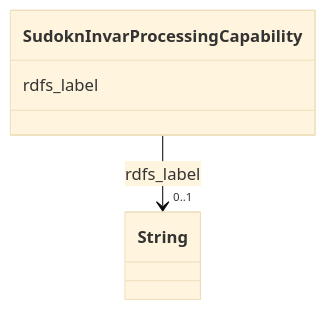
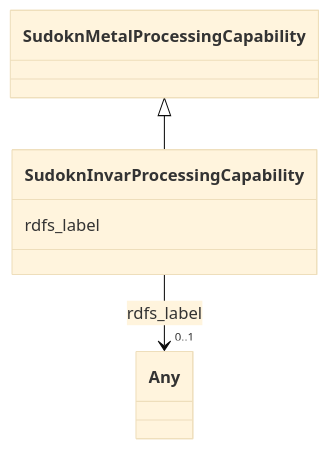
The diagram in sudokn-kg/classes/SudoknInvarProcessingCapability.md (frink-okn/graph-descriptions), drawn with Mermaid (base theme) before and after one commit. The commit also changed other lines of this file and 903 other files, not shown here.

````diff
--- a/sudokn-kg/classes/SudoknInvarProcessingCapability.md
+++ b/sudokn-kg/classes/SudoknInvarProcessingCapability.md
@@ -23,15 +18,18 @@
 ```mermaid
  classDiagram
     class SudoknInvarProcessingCapability
     click SudoknInvarProcessingCapability href "../SudoknInvarProcessingCapability"
+      SudoknMetalProcessingCapability <|-- SudoknInvarProcessingCapability
+        click SudoknMetalProcessingCapability href "../SudoknMetalProcessingCapability"
+      
       SudoknInvarProcessingCapability : rdfs_label
         
           
     
     
-    SudoknInvarProcessingCapability --> "0..1" String : rdfs_label
-    click String href "../String"
+    SudoknInvarProcessingCapability --> "0..1" Any : rdfs_label
+    click Any href "../Any"
 
         
       
 ```
````
